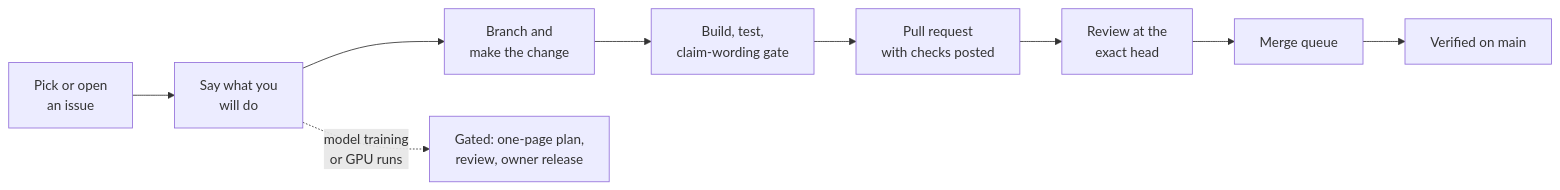
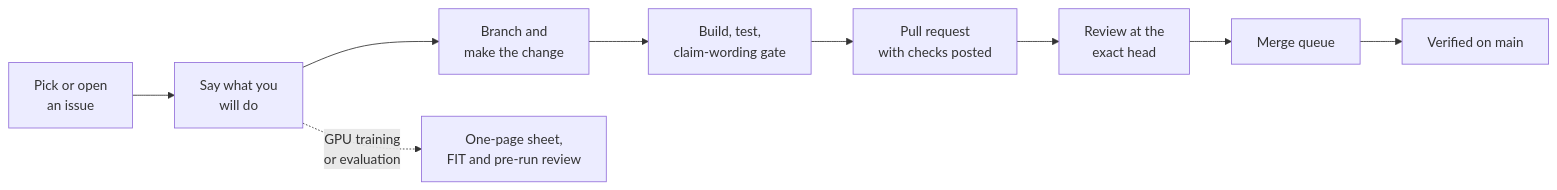
One commit to UOR-Foundation/uor-r4 changed the diagram in CONTRIBUTING.md. Above: the diagram before and after it, drawn with Mermaid. The commit also changed other lines of this file and 145 other files, not shown here.

````diff
--- a/CONTRIBUTING.md
+++ b/CONTRIBUTING.md
@@ -9,11 +8,11 @@
 ```mermaid
 flowchart LR
   A["Pick or open<br/>an issue"] --> B["Say what you<br/>will do"]
   B --> C["Branch and<br/>make the change"]
   C --> D["Build, test,<br/>claim-wording gate"]
   D --> E["Pull request<br/>with checks posted"]
   E --> F["Review at the<br/>exact head"]
   F --> G["Merge queue"]
   G --> H["Verified on main"]
-  B -. "model training<br/>or GPU runs" .-> X["Gated: one-page plan,<br/>review, owner release"]
+  B -. "GPU training<br/>or evaluation" .-> X["One-page sheet,<br/>FIT and pre-run review"]
 ```
````
